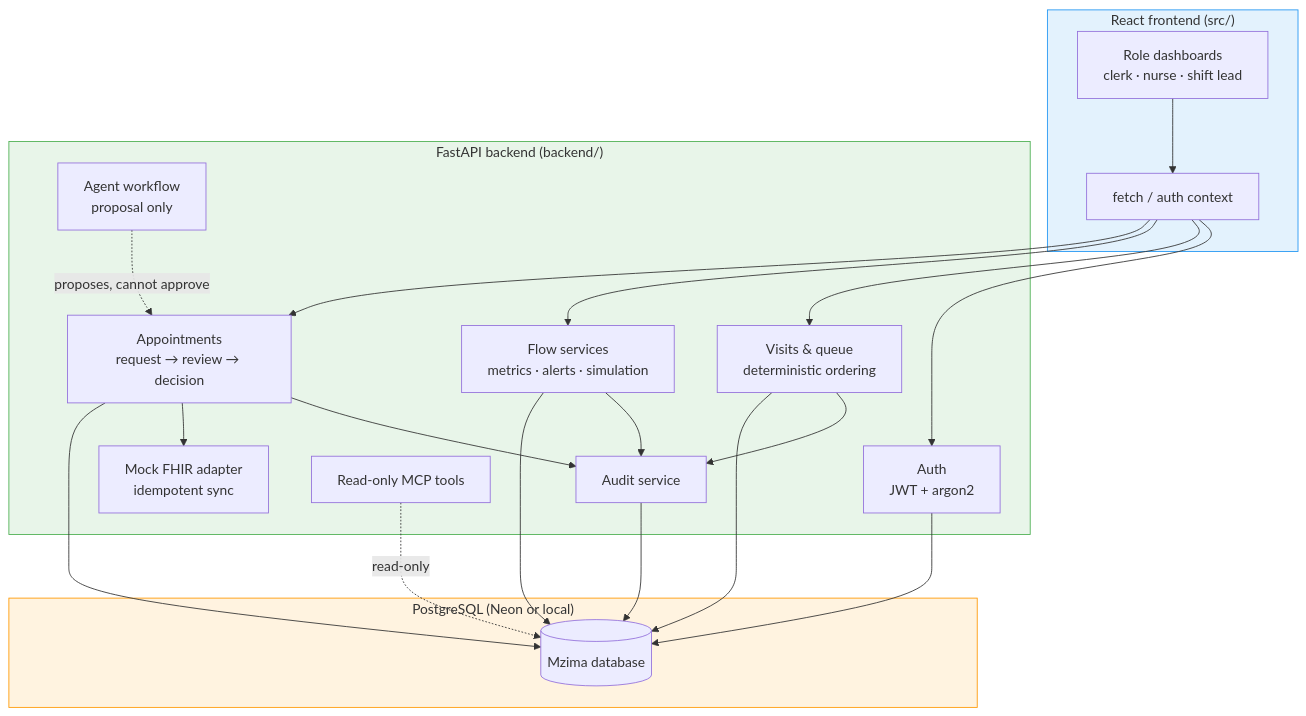
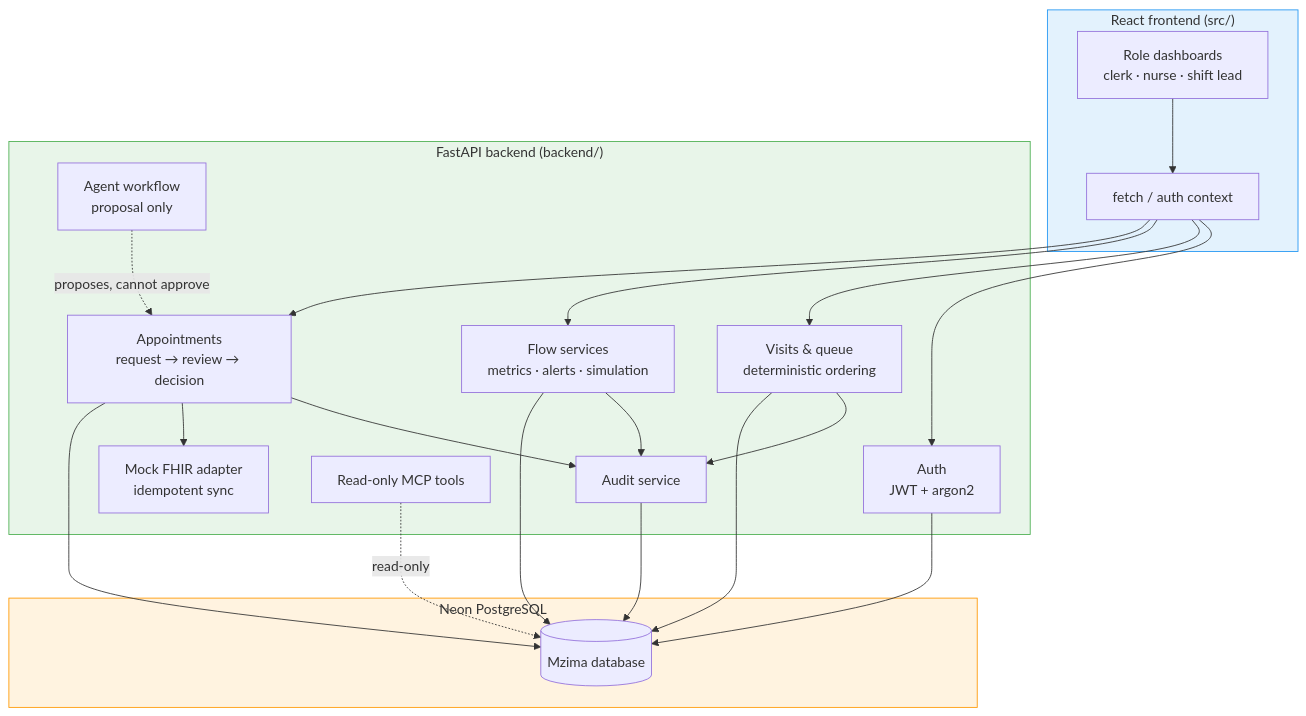
One commit to Pulse-codez/mzima changed the third of 5 diagrams in README.md. Above: the diagram before and after it, drawn with Mermaid. The commit also changed other lines of this file and 40 other files, not shown here.

````diff
--- a/README.md
+++ b/README.md
@@ -303,45 +303,45 @@
 ```mermaid
 flowchart TD
     subgraph Frontend ["React frontend (src/)"]
         UI["Role dashboards<br/>clerk · nurse · shift lead"]
         FETCH["fetch / auth context"]
     end
 
     subgraph Backend ["FastAPI backend (backend/)"]
         AUTH["Auth<br/>JWT + argon2"]
         VISITS["Visits & queue<br/>deterministic ordering"]
         FLOW["Flow services<br/>metrics · alerts · simulation"]
         APPT["Appointments<br/>request → review → decision"]
         AGENT["Agent workflow<br/>proposal only"]
         AUDIT["Audit service"]
         MCP["Read-only MCP tools"]
         ADAPTER["Mock FHIR adapter<br/>idempotent sync"]
     end
 
-    subgraph Database ["PostgreSQL (Neon or local)"]
+    subgraph Database ["Neon PostgreSQL"]
         PG[("Mzima database")]
     end
 
     UI --> FETCH
     FETCH --> AUTH
     FETCH --> VISITS
     FETCH --> FLOW
     FETCH --> APPT
 
     AGENT -.->|"proposes, cannot approve"| APPT
     APPT --> AUDIT
     VISITS --> AUDIT
     FLOW --> AUDIT
     APPT --> ADAPTER
     MCP -.->|"read-only"| PG
 
     AUTH --> PG
     VISITS --> PG
     FLOW --> PG
     APPT --> PG
     AUDIT --> PG
 
     style Frontend fill:#e3f2fd,stroke:#2196f3
     style Backend fill:#e8f5e9,stroke:#4caf50
     style Database fill:#fff3e0,stroke:#ff9800
 ```
````
